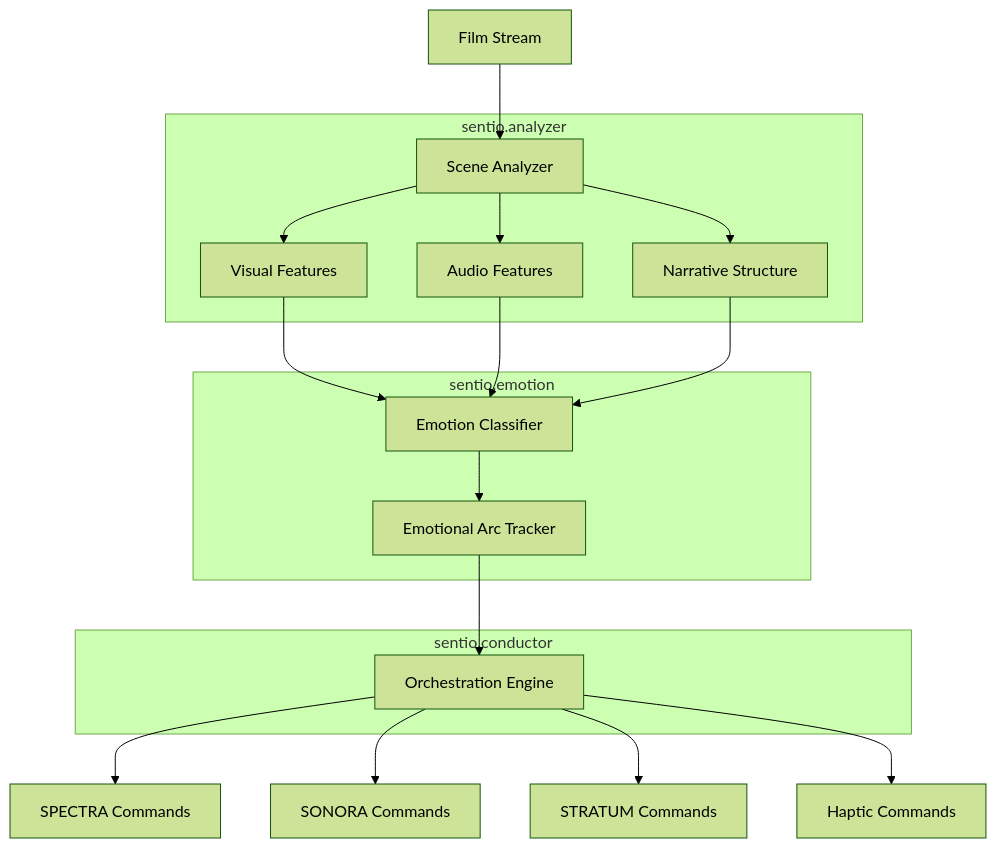
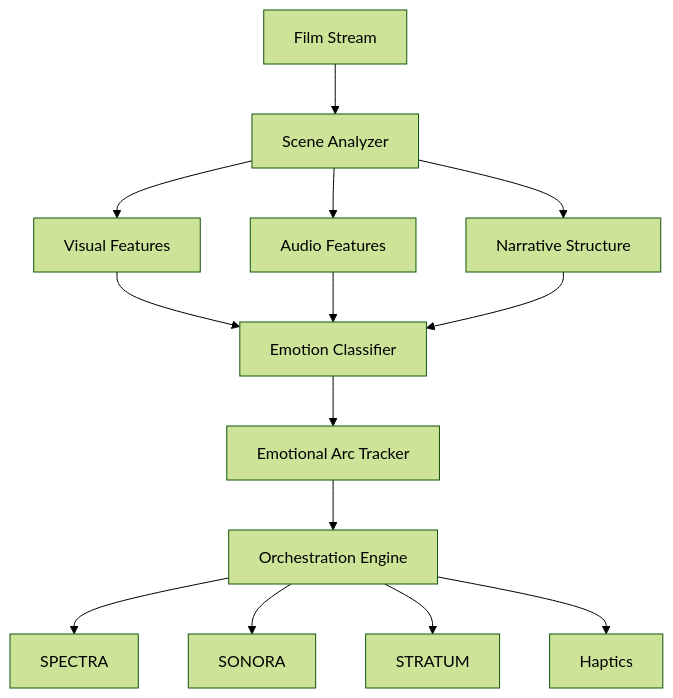
Before and after one commit to sylvain-cinema/sentio: the diagram in README.md, drawn with Mermaid (forest theme). The commit also changed other lines of this file, not shown here.

````diff
--- a/README.md
+++ b/README.md
@@ -37,35 +51,19 @@
 ```mermaid
 graph TD
     A[Film Stream] --> B[Scene Analyzer]
     B --> C[Visual Features]
     B --> D[Audio Features]
     B --> E[Narrative Structure]
 
     C --> F[Emotion Classifier]
     D --> F
     E --> F
 
     F --> G[Emotional Arc Tracker]
     G --> H[Orchestration Engine]
 
-    H --> I[SPECTRA Commands]
-    H --> J[SONORA Commands]
-    H --> K[STRATUM Commands]
-    H --> L[Haptic Commands]
-
-    subgraph sentio.analyzer
-        B
-        C
-        D
-        E
-    end
-
-    subgraph sentio.emotion
-        F
-        G
-    end
-
-    subgraph sentio.conductor
-        H
-    end
+    H --> I[SPECTRA]
+    H --> J[SONORA]
+    H --> K[STRATUM]
+    H --> L[Haptics]
 ```
````
